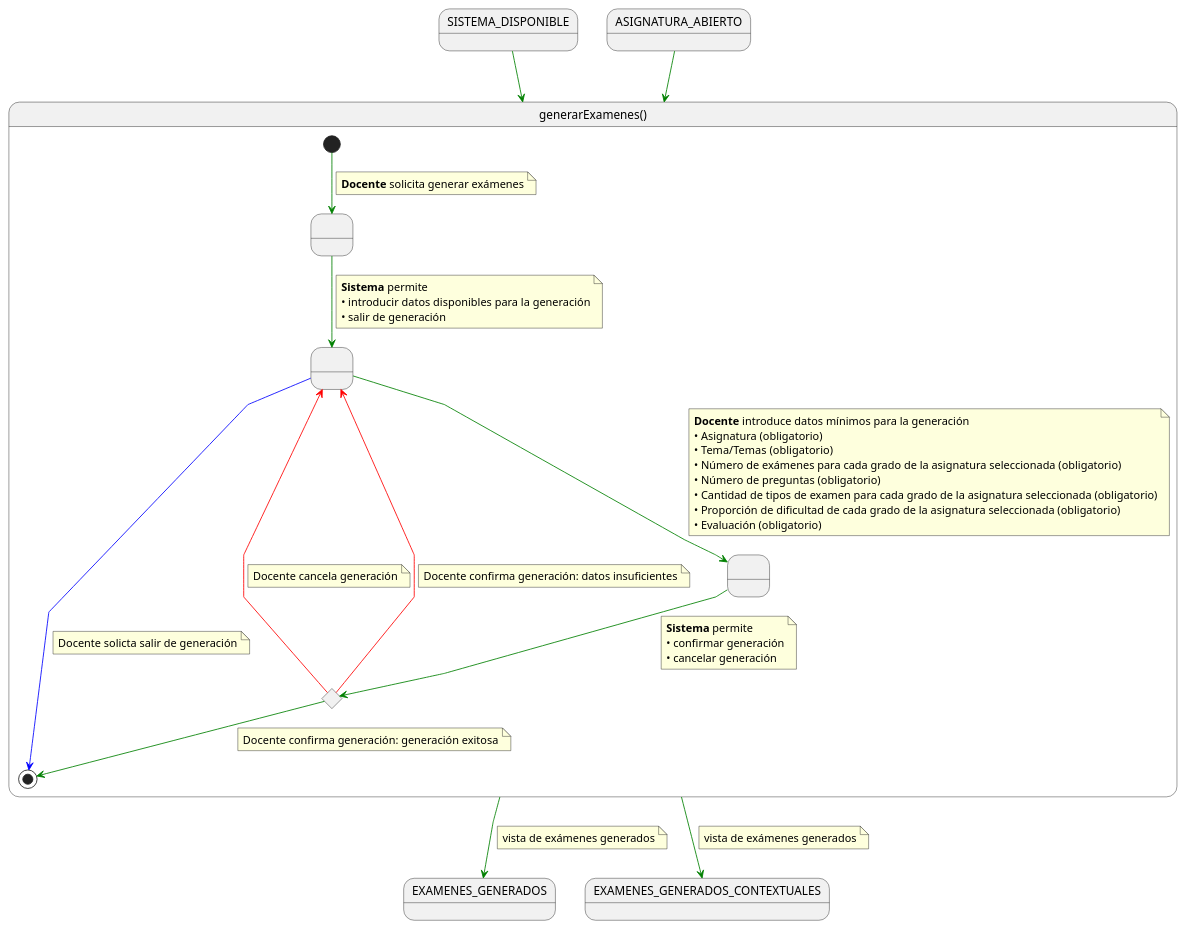
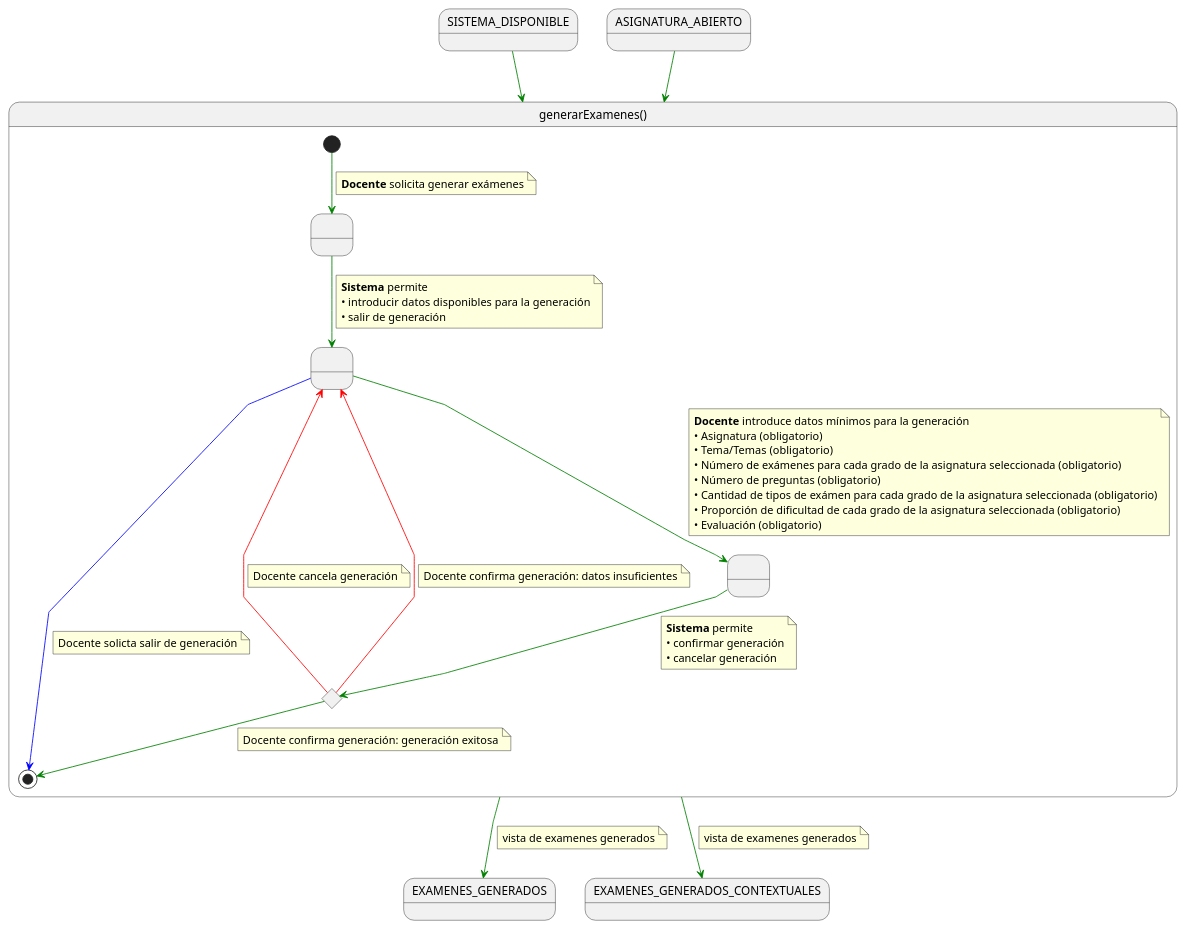
One commit to martinlopez7/25-26-IdSw1-SdR changed the diagram in documents/casos-de-uso/detalladoCasosDeUso/generarExamenes/generarExamenes.puml. Above: the diagram before and after it, drawn with PlantUML. The commit also changed 14 other files, not shown here.

```diff
--- a/documents/casos-de-uso/detalladoCasosDeUso/generarExamenes/generarExamenes.puml
+++ b/documents/casos-de-uso/detalladoCasosDeUso/generarExamenes/generarExamenes.puml
@@ -1,82 +1,82 @@
 @startuml generar
 
 skinparam linetype polyline
 
 state generarExamenes as "generarExamenes()" {
 
     state " " as RequiringGeneration
     state " " as ProvidingData
     state " " as ProvidingConfirmation
     state c <<choice>>
 
     [*] -[#green]-> RequiringGeneration 
     note on link
     <b>Docente</b> solicita generar exámenes
     end note    
     
     RequiringGeneration -[#green]-> ProvidingData
     note on link
     <b>Sistema</b> permite
     • introducir datos disponibles para la generación
     • salir de generación
     end note
     
     ProvidingData -[#green]-> ProvidingConfirmation
     note on link
     <b>Docente</b> introduce datos mínimos para la generación
     • Asignatura (obligatorio)
     • Tema/Temas (obligatorio)
     • Número de exámenes para cada grado de la asignatura seleccionada (obligatorio)
     • Número de preguntas (obligatorio)
-    • Cantidad de tipos de examen para cada grado de la asignatura seleccionada (obligatorio)
+    • Cantidad de tipos de exámen para cada grado de la asignatura seleccionada (obligatorio)
     • Proporción de dificultad de cada grado de la asignatura seleccionada (obligatorio)
     • Evaluación (obligatorio)
     end note
     
     ProvidingConfirmation -[#green]-> c
     note on link
     <b>Sistema</b> permite
     • confirmar generación
     • cancelar generación
     end note
     
     c -[#red]-> ProvidingData
     note on link
     Docente cancela generación
     end note
 
     c -[#red]-> ProvidingData
     note on link
     Docente confirma generación: datos insuficientes
     end note
 
     c -[#green]-> [*]
     note on link
     Docente confirma generación: generación exitosa
     end note
     
     ProvidingData -[#blue]-> [*]
     note on link
     Docente solicta salir de generación
     end note
 }
 
 state EXAMENES_GENERADOS
 state EXAMENES_GENERADOS_CONTEXTUALES
 
 SISTEMA_DISPONIBLE -[#green]-> generarExamenes
 
 generarExamenes -[#green]-> EXAMENES_GENERADOS
 note on link
-vista de exámenes generados
+vista de examenes generados
 end note
 
 generarExamenes -[#green]-> EXAMENES_GENERADOS_CONTEXTUALES
 note on link
-vista de exámenes generados
+vista de examenes generados
 end note
 
 ASIGNATURA_ABIERTO -[#green]-> generarExamenes
 
 
 @enduml
```
